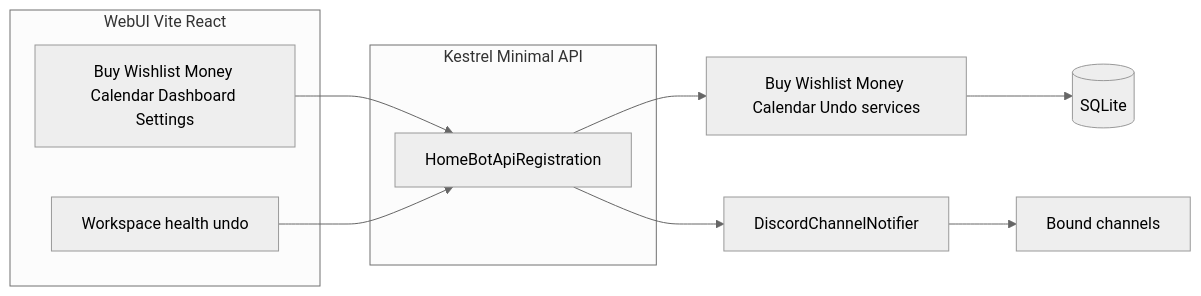
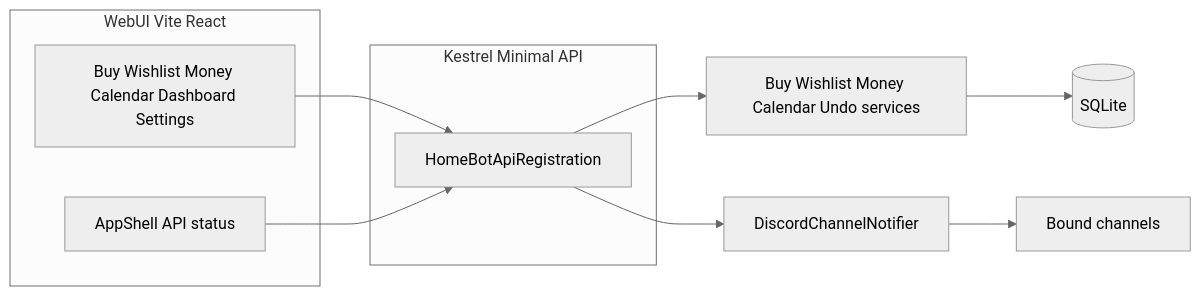
Before and after one commit to SypherXN/HomeBot: the diagram in docs/Refined_WebUI_Adaptation_Plan.md, drawn with Mermaid (neutral theme). The commit also changed other lines of this file and 24 other files, not shown here.

````diff
--- a/docs/Refined_WebUI_Adaptation_Plan.md
+++ b/docs/Refined_WebUI_Adaptation_Plan.md
@@ -195,16 +203,16 @@
 ```mermaid
 flowchart LR
   subgraph webui [WebUI Vite React]
     pages[Buy Wishlist Money Calendar Dashboard Settings]
-    ws[Workspace health undo]
+    shell[AppShell API status]
   end
   subgraph api [Kestrel Minimal API]
     routes[HomeBotApiRegistration]
   end
   pages --> routes
-  ws --> routes
+  shell --> routes
   routes --> svc[Buy Wishlist Money Calendar Undo services]
   svc --> db[(SQLite)]
   routes --> notify[DiscordChannelNotifier]
   notify --> ch[Bound channels]
 ```
````
